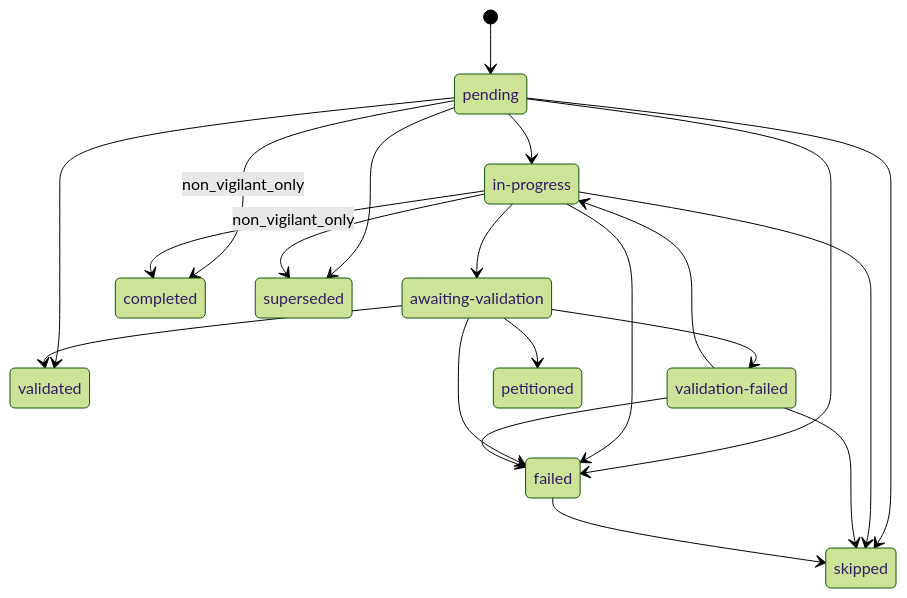
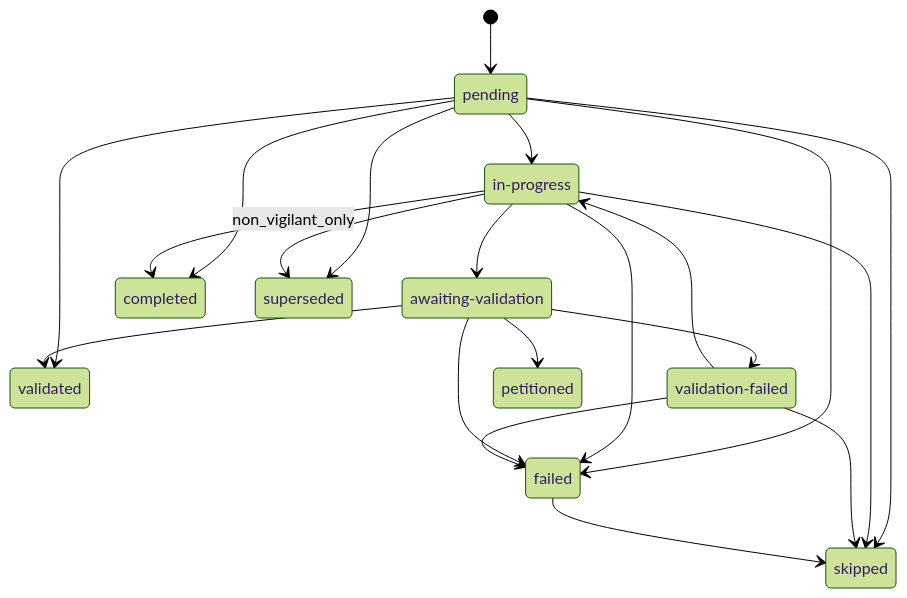
One commit to n-orlov/ralphd changed the second of 2 diagrams in docs/architecture.md. Above: the diagram before and after it, drawn with Mermaid (forest theme). The commit also changed other lines of this file and 10 other files, not shown here.

````diff
--- a/docs/architecture.md
+++ b/docs/architecture.md
@@ -394,33 +423,33 @@
 ```mermaid
 stateDiagram-v2
     state "pending" as pending
     state "in-progress" as in_progress
     state "awaiting-validation" as awaiting_validation
     state "validated" as validated
     state "validation-failed" as validation_failed
     state "completed" as completed
     state "failed" as failed
     state "skipped" as skipped
     state "petitioned" as petitioned
     state "superseded" as superseded
     [*] --> pending
     pending --> in_progress
     pending --> validated
+    pending --> completed
     pending --> failed
     pending --> skipped
     pending --> superseded
     in_progress --> awaiting_validation
     in_progress --> failed
     in_progress --> skipped
     in_progress --> superseded
     awaiting_validation --> validated
     awaiting_validation --> validation_failed
     awaiting_validation --> failed
     awaiting_validation --> petitioned
     validation_failed --> in_progress
     validation_failed --> failed
     validation_failed --> skipped
     failed --> skipped
-    pending --> completed : non_vigilant_only
     in_progress --> completed : non_vigilant_only
 ```
````
